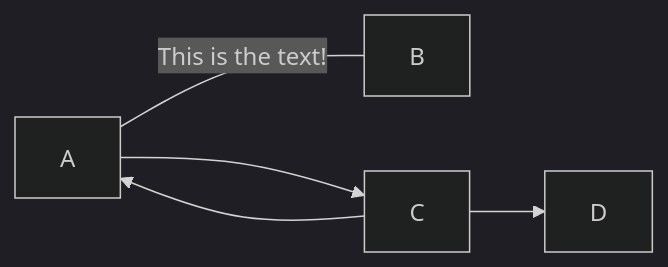
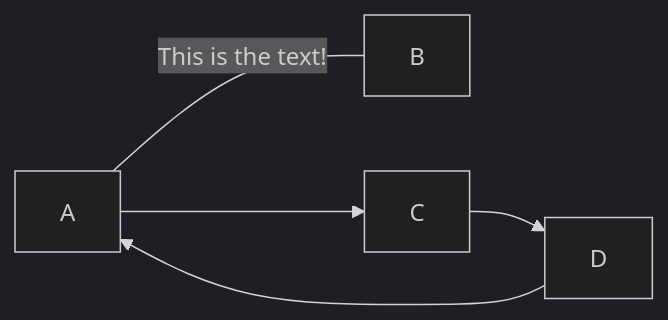
One commit to szks-repo/mermaid_md_test changed the first of 2 diagrams in README.md. Above: the diagram before and after it, drawn with Mermaid (dark theme).

````diff
--- a/README.md
+++ b/README.md
@@ -4,7 +4,7 @@
 ```mermaid
 flowchart LR
     A-- This is the text! ---B
     A-->C
-    C-->A
     C-->D
+    D-->A
 ```
````
